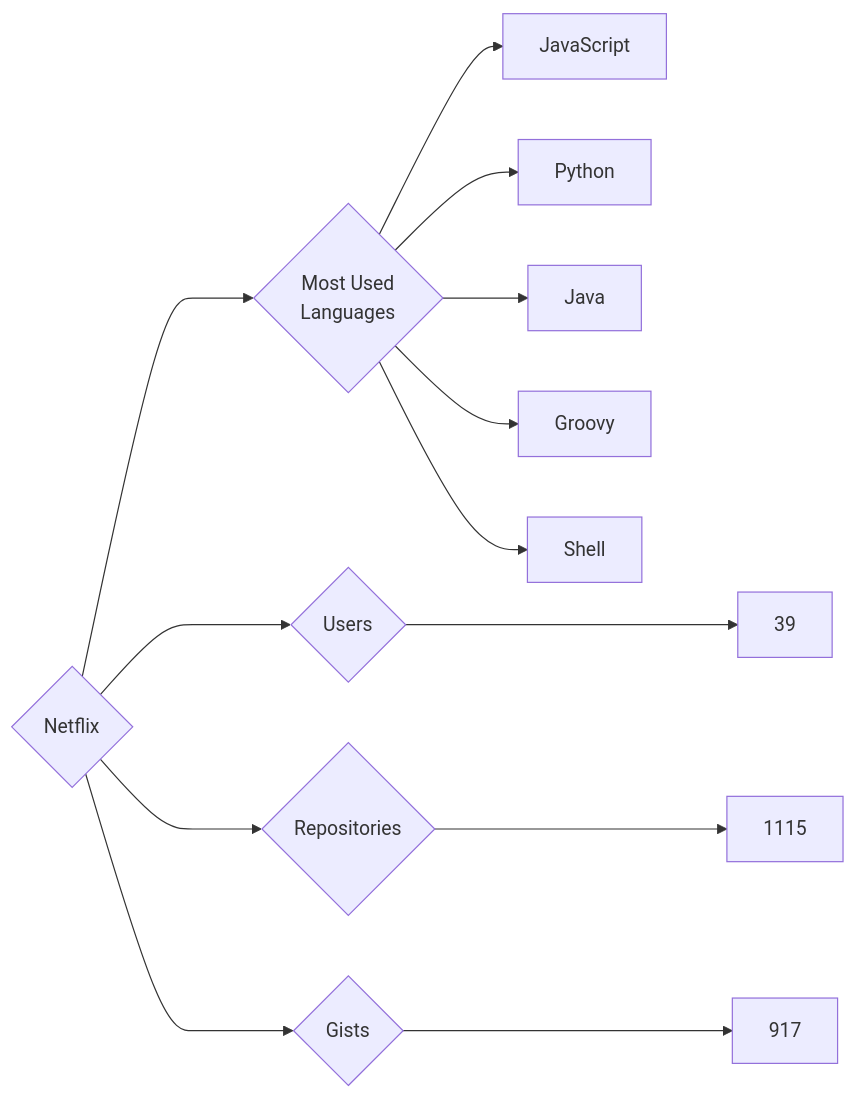
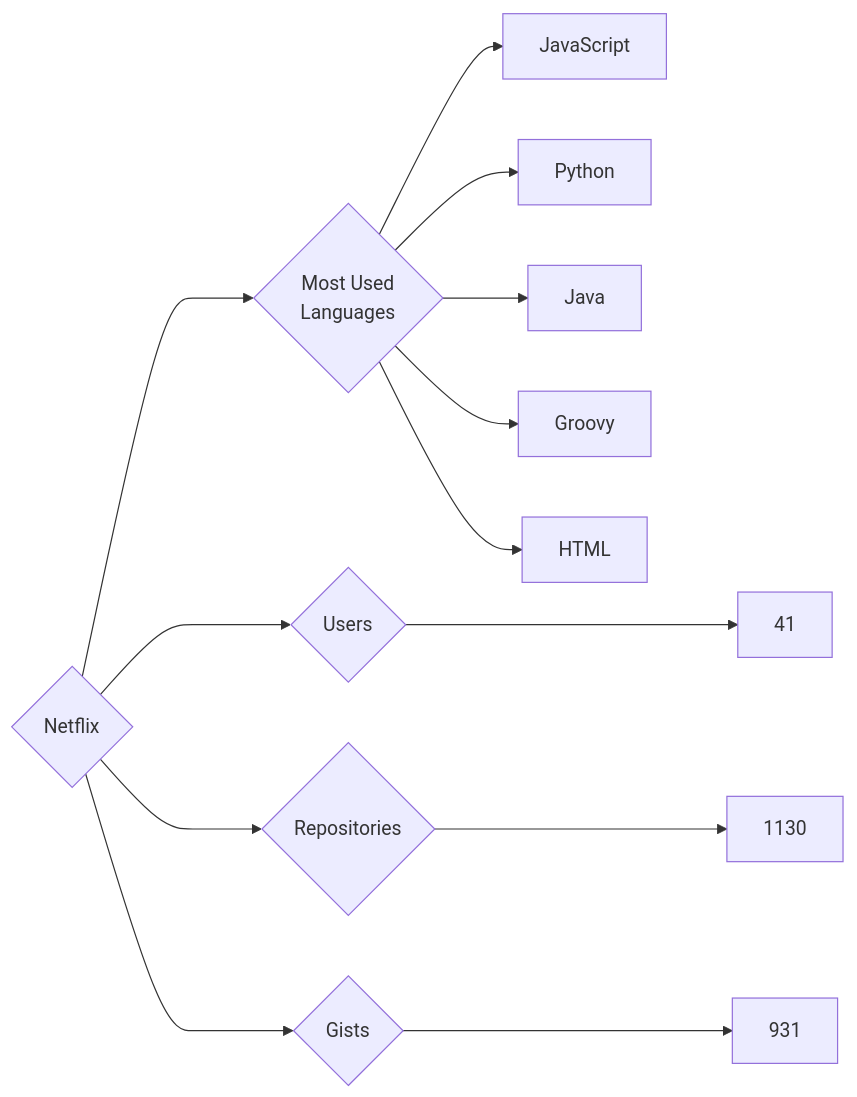
The diagram in targets/Netflix/README.md (trickest/insiders), drawn with Mermaid before and after one commit. The commit also changed 953 other files, not shown here.

````diff
--- a/targets/Netflix/README.md
+++ b/targets/Netflix/README.md
@@ -3,13 +3,13 @@
 ```mermaid
 graph LR
 COMPANY_NAME{Netflix}
-COMPANY_NAME ---> U{Users} ---> UN[39]
-COMPANY_NAME ---> R{Repositories} ---> RN[1115]
-COMPANY_NAME ---> G{Gists} ---> GN[917]
+COMPANY_NAME ---> U{Users} ---> UN[41]
+COMPANY_NAME ---> R{Repositories} ---> RN[1130]
+COMPANY_NAME ---> G{Gists} ---> GN[931]
 COMPANY_NAME ---> ML{Most Used<br>Languages}
 ML --> JavaScript[JavaScript]
 ML --> Python[Python]
 ML --> Java[Java]
 ML --> Groovy[Groovy]
-ML --> Shell[Shell]
+ML --> HTML[HTML]
 ```
````
